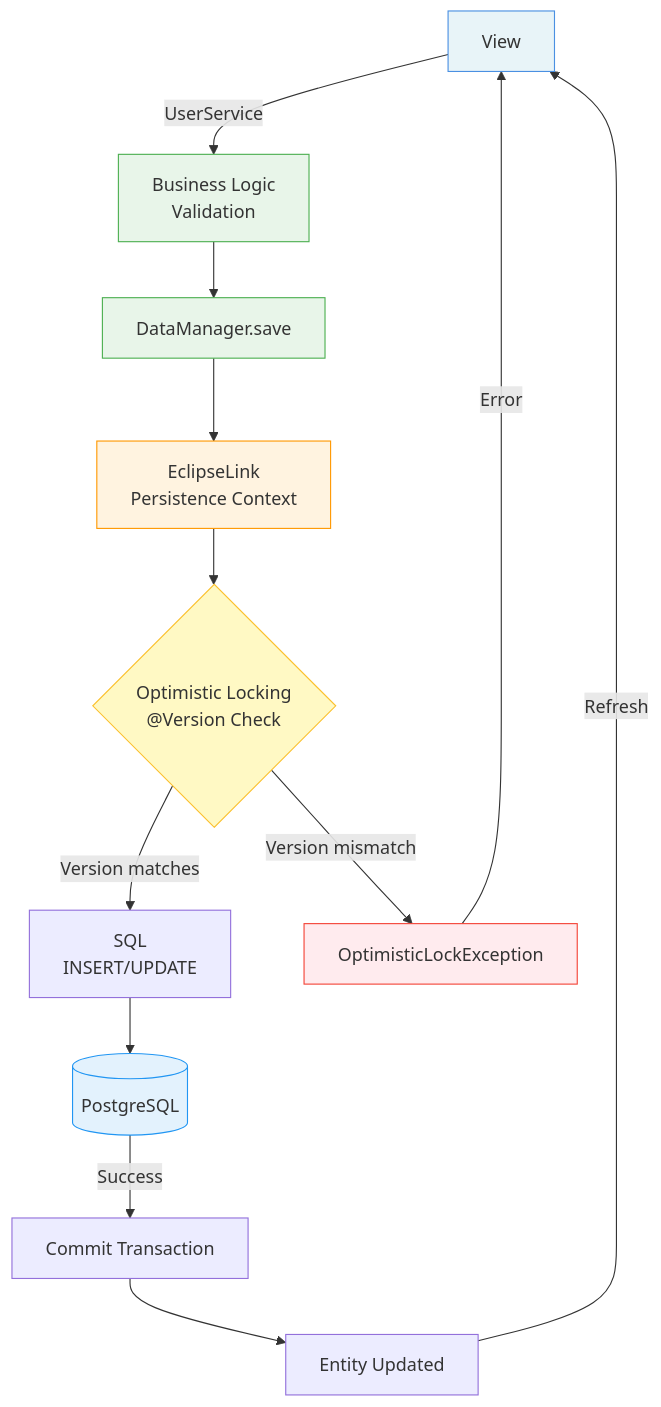
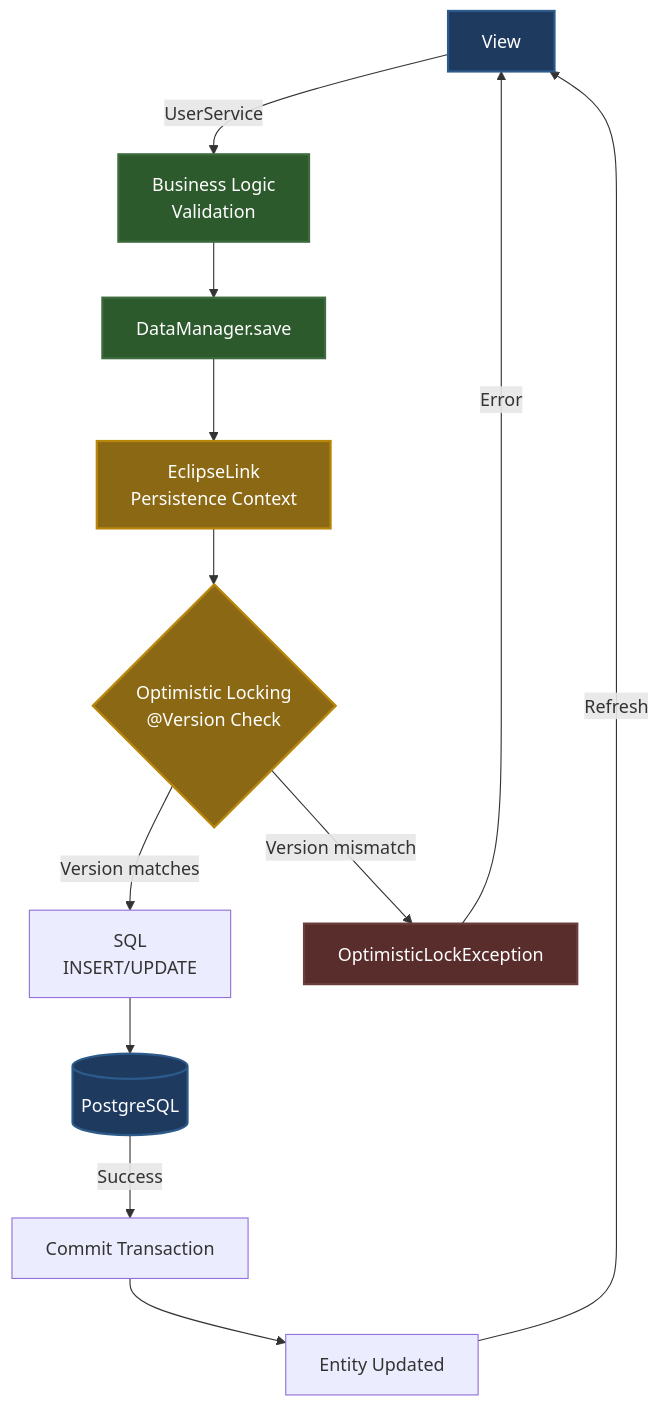
One commit to sovavibe/start changed the tenth of 11 diagrams in docs/architecture/ARCHITECTURE.md. Above: the diagram before and after it, drawn with Mermaid. The commit also changed other lines of this file and 103 other files, not shown here.

````diff
--- a/docs/architecture/ARCHITECTURE.md
+++ b/docs/architecture/ARCHITECTURE.md
@@ -520,22 +520,22 @@
 ```mermaid
 flowchart TD
     A[View] -->|UserService| B[Business Logic<br/>Validation]
     B --> C[DataManager.save]
     C --> D[EclipseLink<br/>Persistence Context]
     D --> E{Optimistic Locking<br/>@Version Check}
     E -->|Version matches| F[SQL<br/>INSERT/UPDATE]
     E -->|Version mismatch| G[OptimisticLockException]
     F --> H[(PostgreSQL)]
     H -->|Success| I[Commit Transaction]
     I --> J[Entity Updated]
     J -->|Refresh| A
     G -->|Error| A
     
-    style A fill:#e8f4f8,stroke:#4a90e2
-    style B fill:#e8f5e9,stroke:#4caf50
-    style C fill:#e8f5e9,stroke:#4caf50
-    style D fill:#fff3e0,stroke:#ff9800
-    style E fill:#fff9c4,stroke:#fbc02d
-    style H fill:#e3f2fd,stroke:#2196f3
-    style G fill:#ffebee,stroke:#f44336
+    style A fill:#1e3a5f,stroke:#2c5a8a,stroke-width:2px,color:#fff
+    style B fill:#2d5a2d,stroke:#3d6b3d,stroke-width:2px,color:#fff
+    style C fill:#2d5a2d,stroke:#3d6b3d,stroke-width:2px,color:#fff
+    style D fill:#8b6914,stroke:#b8860b,stroke-width:2px,color:#fff
+    style E fill:#8b6914,stroke:#b8860b,stroke-width:2px,color:#fff
+    style H fill:#1e3a5f,stroke:#2c5a8a,stroke-width:2px,color:#fff
+    style G fill:#5a2d2d,stroke:#6b3d3d,stroke-width:2px,color:#fff
 ```
````
